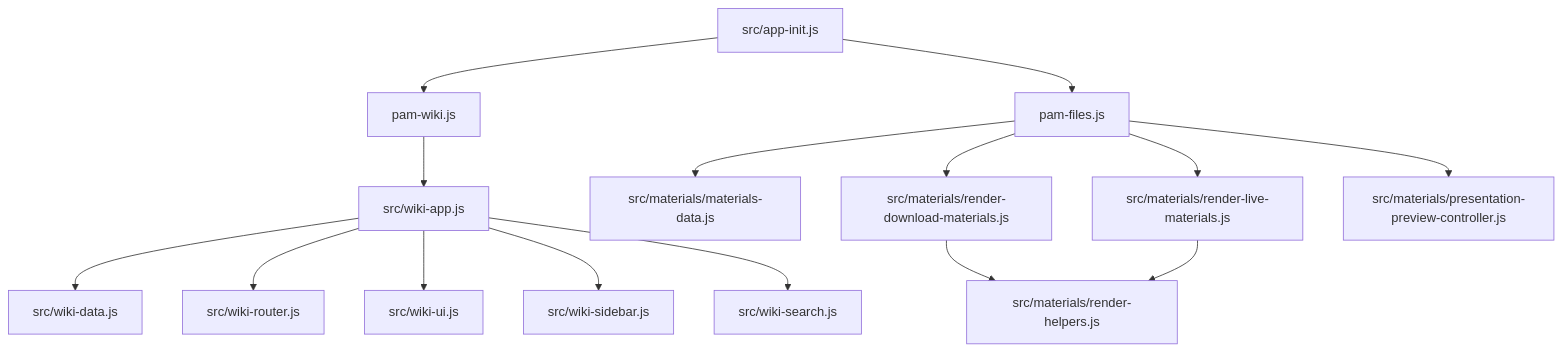
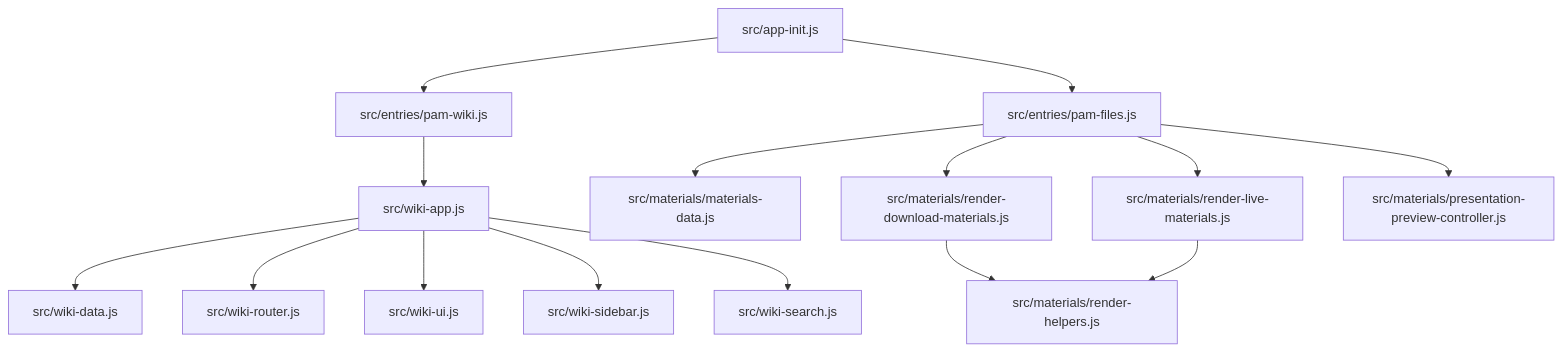
One commit to MatPomGit/MobileHub changed the first of 2 diagrams in docs/architecture-frontend.md. Above: the diagram before and after it, drawn with Mermaid. The commit also changed other lines of this file and 41 other files, not shown here.

````diff
--- a/docs/architecture-frontend.md
+++ b/docs/architecture-frontend.md
@@ -117,19 +117,19 @@
 ```mermaid
 flowchart TD
-  A[src/app-init.js] --> B[pam-wiki.js]
-  A --> C[pam-files.js]
+  A[src/app-init.js] --> B[src/entries/pam-wiki.js]
+  A --> C[src/entries/pam-files.js]
 
   B --> D[src/wiki-app.js]
   D --> E[src/wiki-data.js]
   D --> F[src/wiki-router.js]
   D --> G[src/wiki-ui.js]
   D --> H[src/wiki-sidebar.js]
   D --> I[src/wiki-search.js]
 
   C --> J[src/materials/materials-data.js]
   C --> K[src/materials/render-download-materials.js]
   C --> L[src/materials/render-live-materials.js]
   C --> M[src/materials/presentation-preview-controller.js]
   K --> N[src/materials/render-helpers.js]
   L --> N
 ```
````
